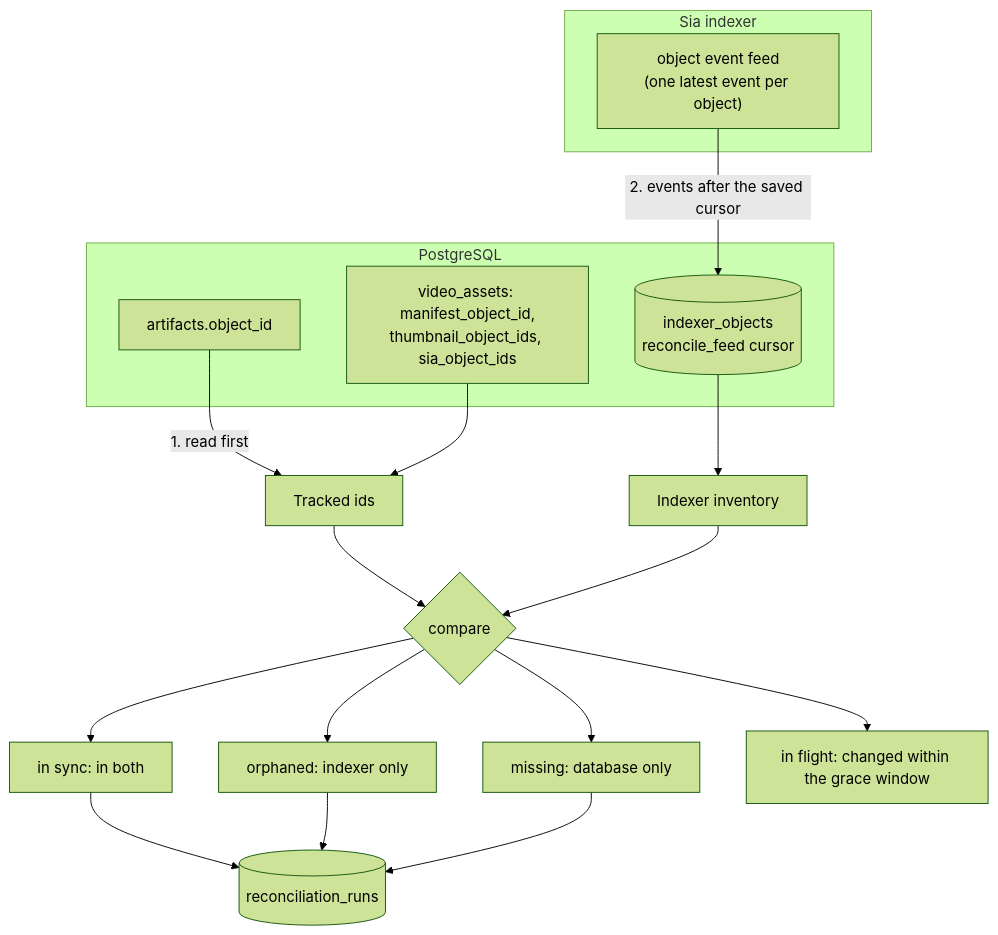
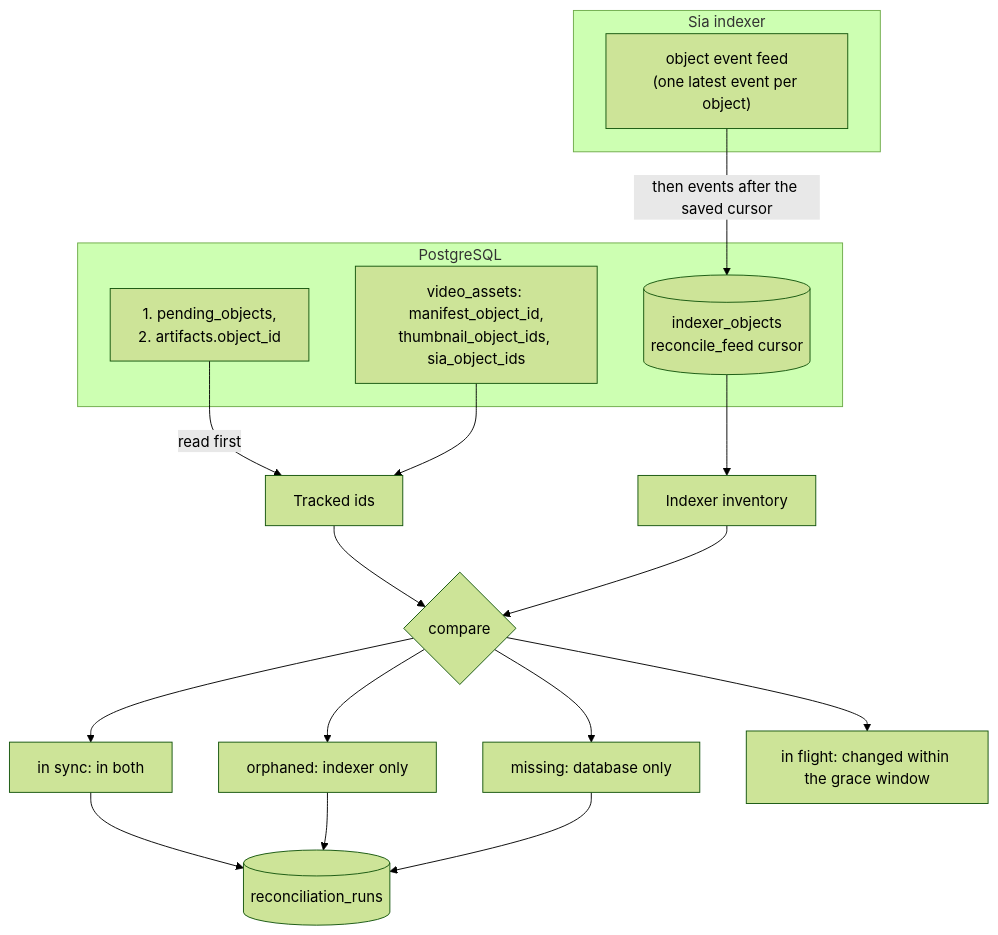
Before and after one commit to justmert/Sluby: the second of 2 diagrams in docs/architecture/deletion-and-reconciliation.md, drawn with Mermaid (forest theme). The commit also changed other lines of this file, not shown here.

Commit message:
fix the deletion diagram that did not parse, and say how soon a deleted asset stops being served and that reconciliation reads pending objects

````diff
--- a/docs/architecture/deletion-and-reconciliation.md
+++ b/docs/architecture/deletion-and-reconciliation.md
@@ -77,24 +77,24 @@
 ```mermaid
 flowchart TB
   subgraph db [PostgreSQL]
-    a[artifacts.object_id]
+    a["1. pending_objects,<br/>2. artifacts.object_id"]
     v["video_assets: manifest_object_id,<br/>thumbnail_object_ids, sia_object_ids"]
     copy[("indexer_objects<br/>reconcile_feed cursor")]
   end
   subgraph idx [Sia indexer]
     f["object event feed<br/>(one latest event per object)"]
   end
-  a -- "1. read first" --> dbset[Tracked ids]
+  a -- "read first" --> dbset[Tracked ids]
   v --> dbset
-  f -- "2. events after the saved cursor" --> copy
+  f -- "then events after the saved cursor" --> copy
   copy --> ixset[Indexer inventory]
   dbset --> diff{compare}
   ixset --> diff
   diff --> sync[in sync: in both]
   diff --> orphan[orphaned: indexer only]
   diff --> missing[missing: database only]
   diff --> flight[in flight: changed within the grace window]
   sync --> run[(reconciliation_runs)]
   orphan --> run
   missing --> run
 ```
````
